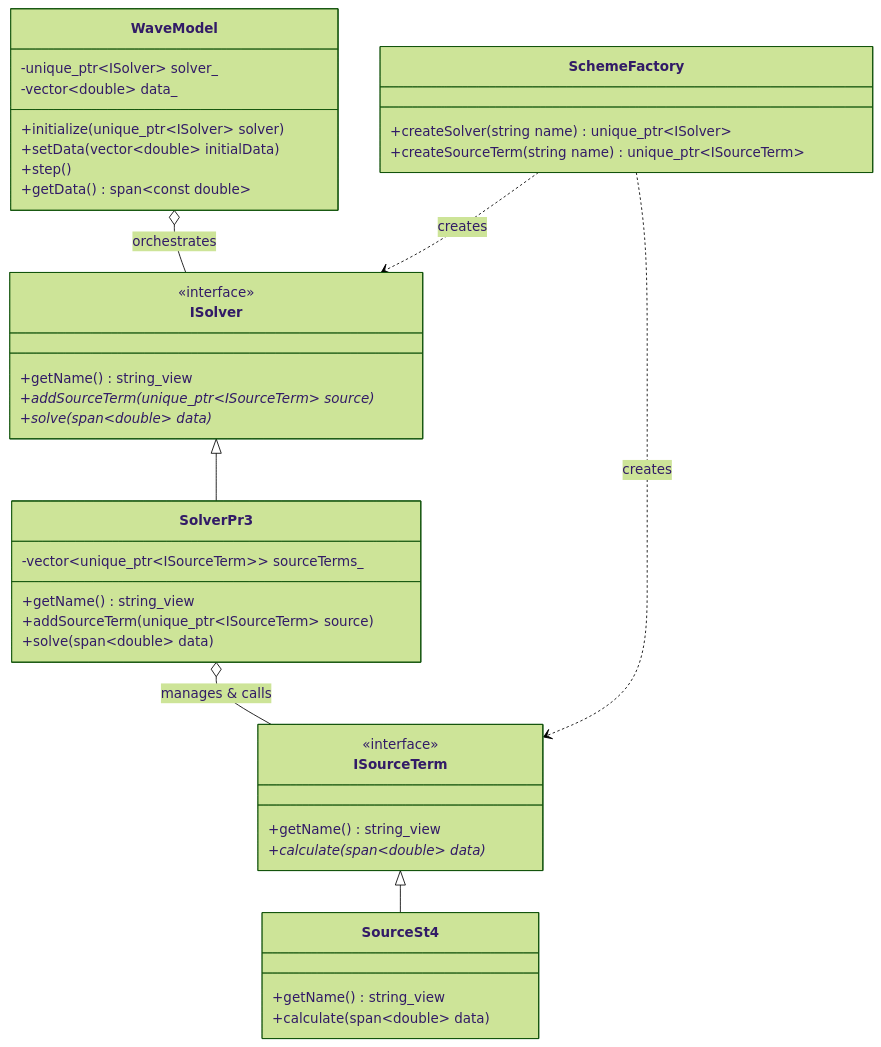
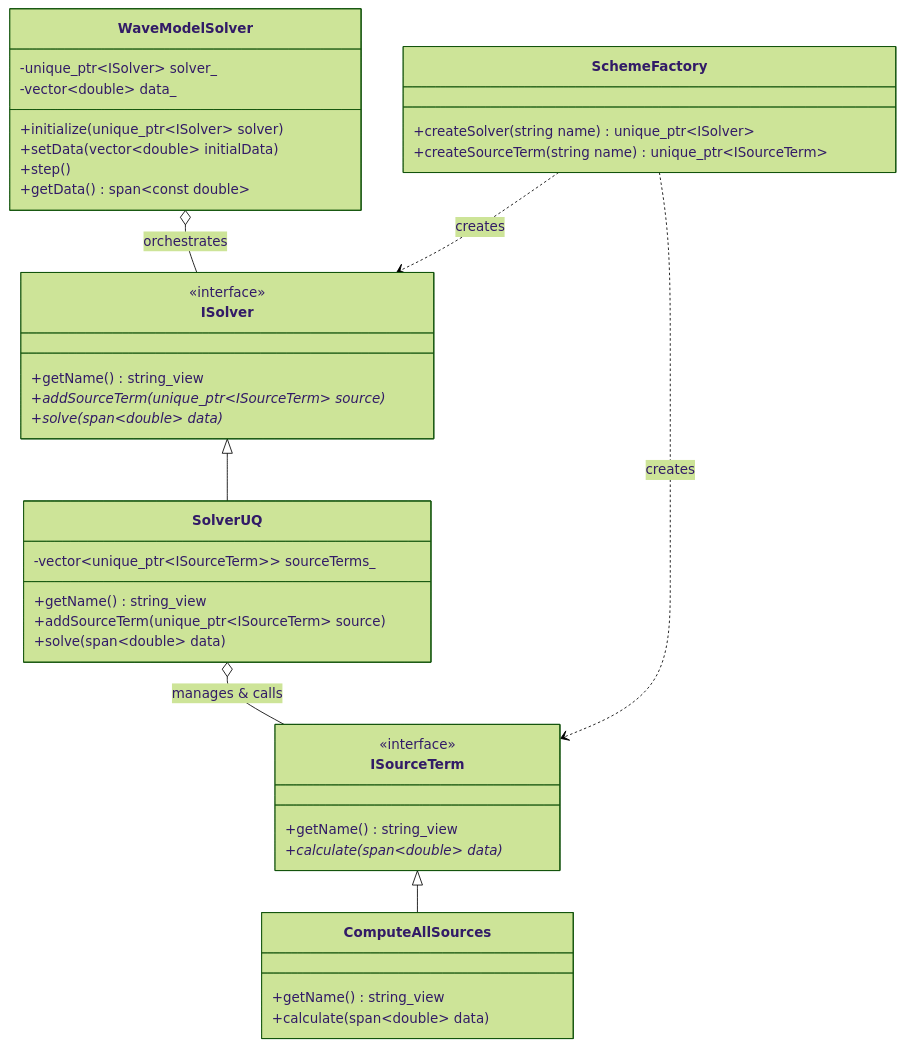
The third of 3 diagrams in ARCHITECTURE.md (HendrikTolman-NOAA/WW4_HLT), drawn with Mermaid (forest theme) before and after one commit. The commit also changed other lines of this file and 4 other files, not shown here.

Commit message:
refactor: move include/ww4_core to src/ww4_core and rename WaveModel to WaveModelSolver

````diff
--- a/ARCHITECTURE.md
+++ b/ARCHITECTURE.md
@@ -95,48 +95,48 @@
 ```mermaid
 classDiagram
-    class WaveModel {
+    class WaveModelSolver {
         -unique_ptr~ISolver~ solver_
         -vector~double~ data_
         +initialize(unique_ptr~ISolver~ solver)
         +setData(vector~double~ initialData)
         +step()
         +getData() span~const double~
     }
 
     class ISolver {
         <<interface>>
         +getName() string_view
         +addSourceTerm(unique_ptr~ISourceTerm~ source)*
         +solve(span~double~ data)*
     }
 
     class ISourceTerm {
         <<interface>>
         +getName() string_view
         +calculate(span~double~ data)*
     }
 
-    class SolverPr3 {
+    class SolverUQ {
         -vector~unique_ptr~ISourceTerm~~ sourceTerms_
         +getName() string_view
         +addSourceTerm(unique_ptr~ISourceTerm~ source)
         +solve(span~double~ data)
     }
 
-    class SourceSt4 {
+    class ComputeAllSources {
         +getName() string_view
         +calculate(span~double~ data)
     }
 
     class SchemeFactory {
         +createSolver(string name) unique_ptr~ISolver~
         +createSourceTerm(string name) unique_ptr~ISourceTerm~
     }
 
-    WaveModel o-- ISolver : orchestrates
-    ISolver <|-- SolverPr3
-    SolverPr3 o-- ISourceTerm : manages & calls
-    ISourceTerm <|-- SourceSt4
+    WaveModelSolver o-- ISolver : orchestrates
+    ISolver <|-- SolverUQ
+    SolverUQ o-- ISourceTerm : manages & calls
+    ISourceTerm <|-- ComputeAllSources
     SchemeFactory ..> ISolver : creates
     SchemeFactory ..> ISourceTerm : creates
 ```
````
